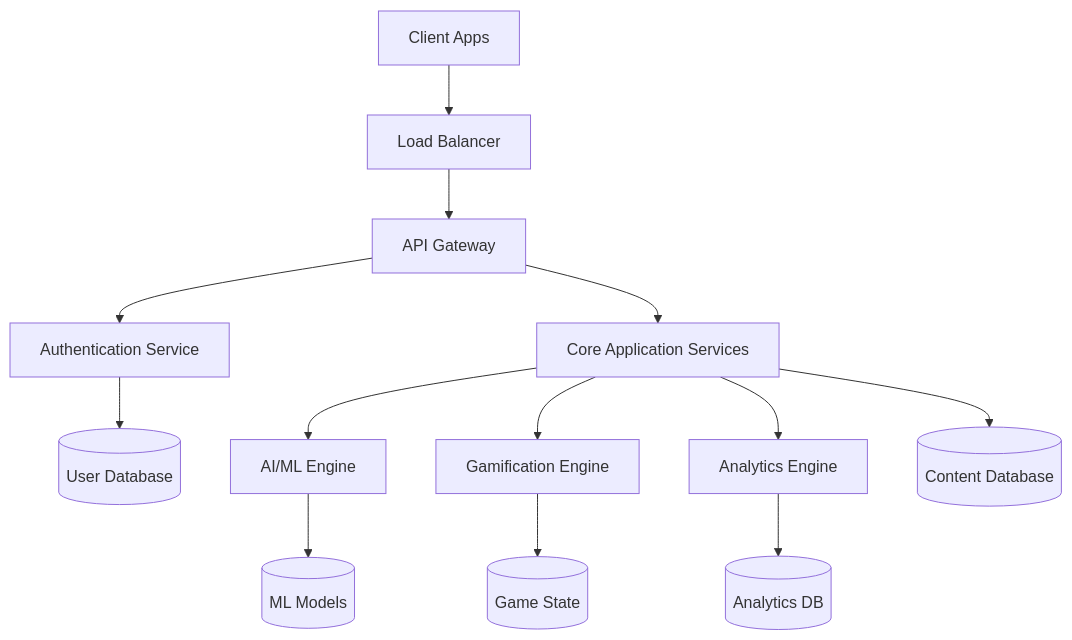
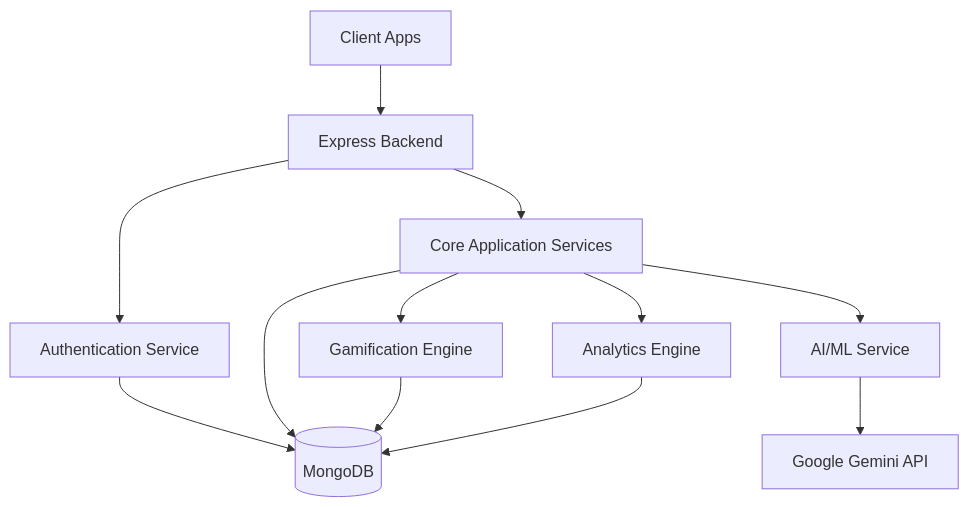
Before and after one commit to Vikash-Kumar001/FINMEN: the diagram in README.md, drawn with Mermaid. The commit also changed other lines of this file, not shown here.

````diff
--- a/README.md
+++ b/README.md
@@ -95,15 +95,14 @@
 ```mermaid
 graph TB
-    A[Client Apps] --> B[Load Balancer]
-    B --> C[API Gateway]
-    C --> D[Authentication Service]
-    C --> E[Core Application Services]
-    E --> F[AI/ML Engine]
-    E --> G[Gamification Engine]
-    E --> H[Analytics Engine]
-    D --> I[(User Database)]
-    E --> J[(Content Database)]
-    F --> K[(ML Models)]
-    G --> L[(Game State)]
-    H --> M[(Analytics DB)]
+    A[Client Apps] --> B[Express Backend]
+    B --> C[Authentication Service]
+    B --> D[Core Application Services]
+    D --> E[AI/ML Service]
+    D --> F[Gamification Engine]
+    D --> G[Analytics Engine]
+    C --> H[(MongoDB)]
+    D --> H
+    E --> I[Google Gemini API]
+    F --> H
+    G --> H
 ```
````
